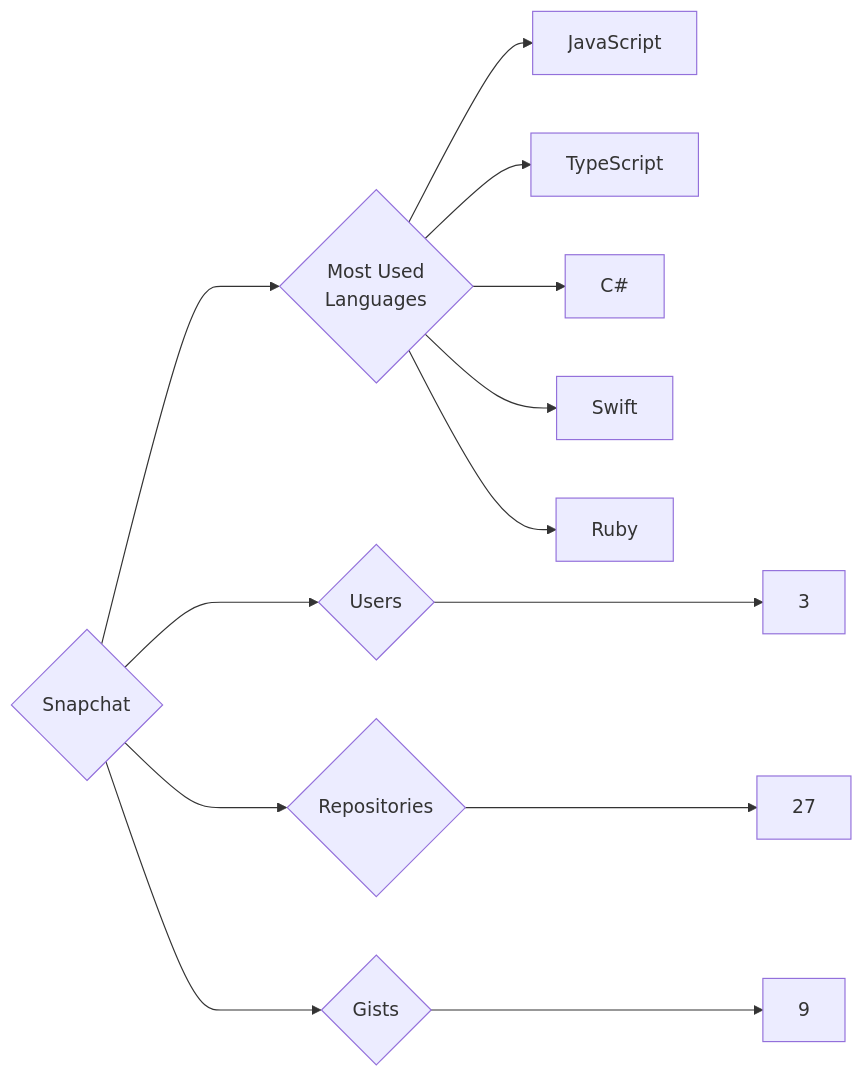
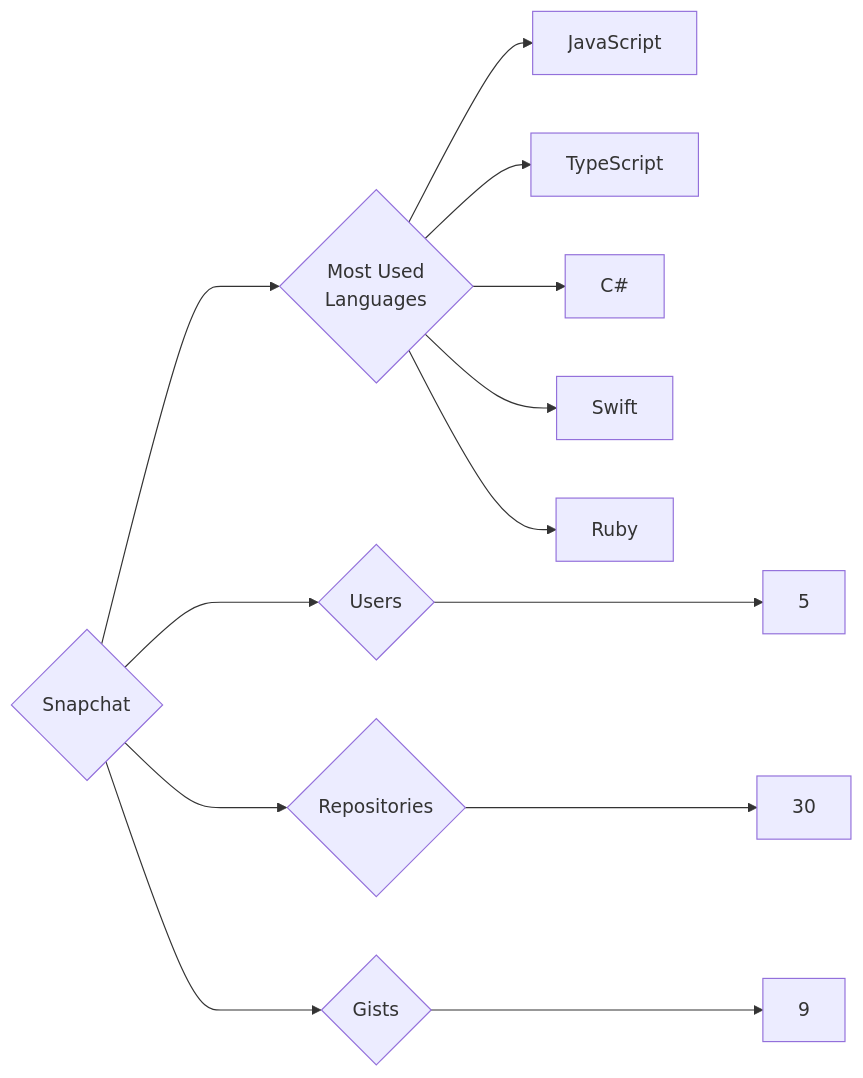
The diagram in targets/Snapchat/README.md (trickest/insiders), drawn with Mermaid before and after one commit. The commit also changed 955 other files, not shown here.

````diff
--- a/targets/Snapchat/README.md
+++ b/targets/Snapchat/README.md
@@ -3,13 +3,13 @@
 ```mermaid
 graph LR
 COMPANY_NAME{Snapchat}
-COMPANY_NAME ---> U{Users} ---> UN[3]
-COMPANY_NAME ---> R{Repositories} ---> RN[27]
+COMPANY_NAME ---> U{Users} ---> UN[5]
+COMPANY_NAME ---> R{Repositories} ---> RN[30]
 COMPANY_NAME ---> G{Gists} ---> GN[9]
 COMPANY_NAME ---> ML{Most Used<br>Languages}
 ML --> JavaScript[JavaScript]
 ML --> TypeScript[TypeScript]
 ML --> C#[C#]
 ML --> Swift[Swift]
 ML --> Ruby[Ruby]
 ```
````
